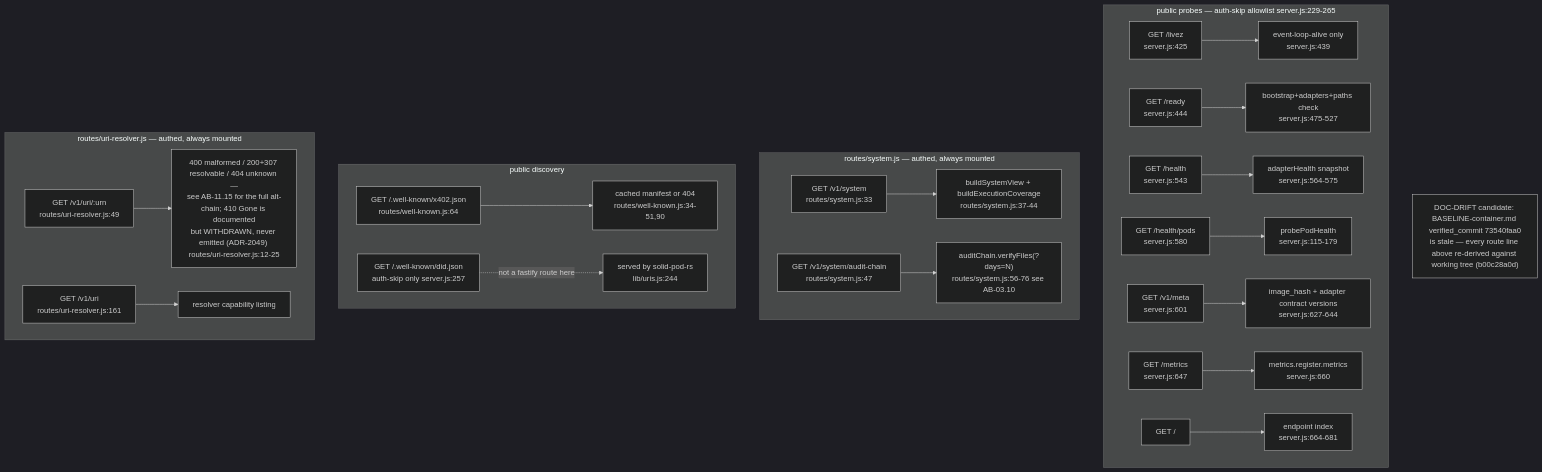
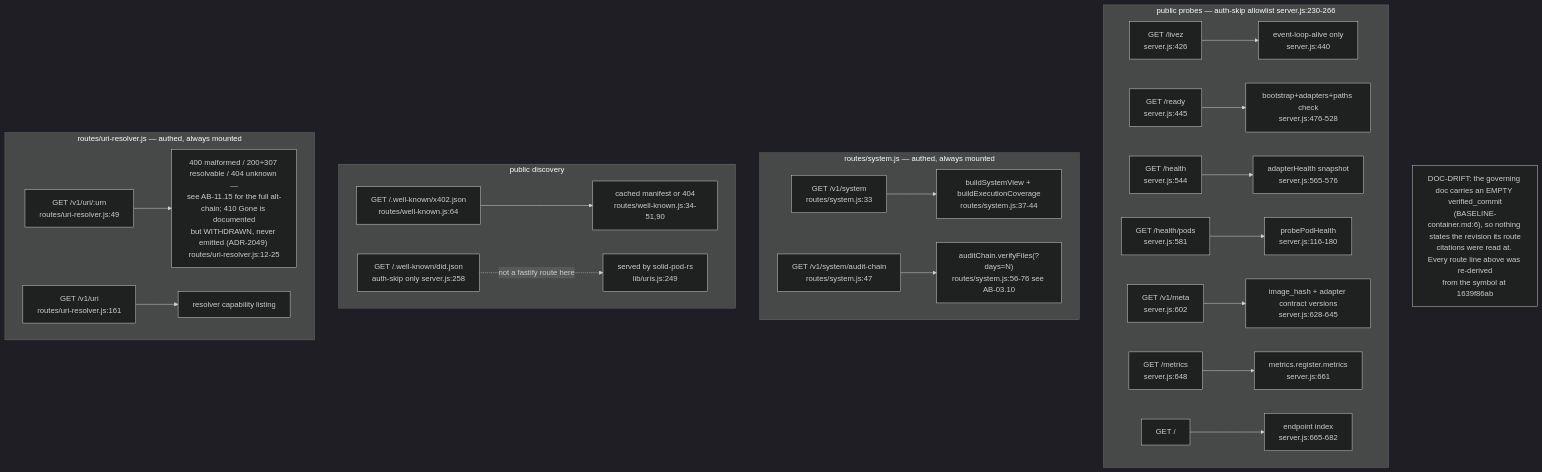
The sixth of 17 diagrams in docs/diagrams/agentbox/03-management-api-request-lifecycle.md (DreamLab-AI/VisionFlow), drawn with Mermaid (dark theme) before and after one commit. The commit also changed other lines of this file and 28 other files, not shown here.

````diff
--- a/docs/diagrams/agentbox/03-management-api-request-lifecycle.md
+++ b/docs/diagrams/agentbox/03-management-api-request-lifecycle.md
@@ -273,25 +274,25 @@
 ```mermaid
 flowchart TD
-    subgraph probes["public probes — auth-skip allowlist server.js:229-265"]
-        A1["GET /livez<br/>server.js:425"] --> H1["event-loop-alive only<br/>server.js:439"]
-        A2["GET /ready<br/>server.js:444"] --> H2["bootstrap+adapters+paths check<br/>server.js:475-527"]
-        A3["GET /health<br/>server.js:543"] --> H3["adapterHealth snapshot<br/>server.js:564-575"]
-        A4["GET /health/pods<br/>server.js:580"] --> H4["probePodHealth<br/>server.js:115-179"]
-        A5["GET /v1/meta<br/>server.js:601"] --> H5["image_hash + adapter contract versions<br/>server.js:627-644"]
-        A6["GET /metrics<br/>server.js:647"] --> H6["metrics.register.metrics<br/>server.js:660"]
-        A7["GET /"] --> H7["endpoint index<br/>server.js:664-681"]
+    subgraph probes["public probes — auth-skip allowlist server.js:230-266"]
+        A1["GET /livez<br/>server.js:426"] --> H1["event-loop-alive only<br/>server.js:440"]
+        A2["GET /ready<br/>server.js:445"] --> H2["bootstrap+adapters+paths check<br/>server.js:476-528"]
+        A3["GET /health<br/>server.js:544"] --> H3["adapterHealth snapshot<br/>server.js:565-576"]
+        A4["GET /health/pods<br/>server.js:581"] --> H4["probePodHealth<br/>server.js:116-180"]
+        A5["GET /v1/meta<br/>server.js:602"] --> H5["image_hash + adapter contract versions<br/>server.js:628-645"]
+        A6["GET /metrics<br/>server.js:648"] --> H6["metrics.register.metrics<br/>server.js:661"]
+        A7["GET /"] --> H7["endpoint index<br/>server.js:665-682"]
     end
     subgraph sysroutes["routes/system.js — authed, always mounted"]
         B1["GET /v1/system<br/>routes/system.js:33"] --> HB1["buildSystemView + buildExecutionCoverage<br/>routes/system.js:37-44"]
         B2["GET /v1/system/audit-chain<br/>routes/system.js:47"] --> HB2["auditChain.verifyFiles(?days=N)<br/>routes/system.js:56-76 see AB-03.10"]
     end
     subgraph wellknown["public discovery"]
         C1["GET /.well-known/x402.json<br/>routes/well-known.js:64"] --> HC1["cached manifest or 404<br/>routes/well-known.js:34-51,90"]
-        C2["GET /.well-known/did.json<br/>auth-skip only server.js:257"] -.->|"not a fastify route here"| HC2["served by solid-pod-rs<br/>lib/uris.js:244"]
+        C2["GET /.well-known/did.json<br/>auth-skip only server.js:258"] -.->|"not a fastify route here"| HC2["served by solid-pod-rs<br/>lib/uris.js:249"]
     end
     subgraph uri["routes/uri-resolver.js — authed, always mounted"]
         D1["GET /v1/uri/:urn<br/>routes/uri-resolver.js:49"] --> HD1["400 malformed / 200+307 resolvable / 404 unknown —<br/>see AB-11.15 for the full alt-chain; 410 Gone is documented<br/>but WITHDRAWN, never emitted (ADR-2049) routes/uri-resolver.js:12-25"]
         D2["GET /v1/uri<br/>routes/uri-resolver.js:161"] --> HD2["resolver capability listing"]
     end
-    Note1["DOC-DRIFT candidate: BASELINE-container.md verified_commit 73540faa0<br/>is stale — every route line above re-derived against working tree (b00c28a0d)"]
+    Note1["DOC-DRIFT: the governing doc carries an EMPTY verified_commit<br/>(BASELINE-container.md:6), so nothing states the revision its route<br/>citations were read at. Every route line above was re-derived<br/>from the symbol at 1639f86ab"]
 ```
````
